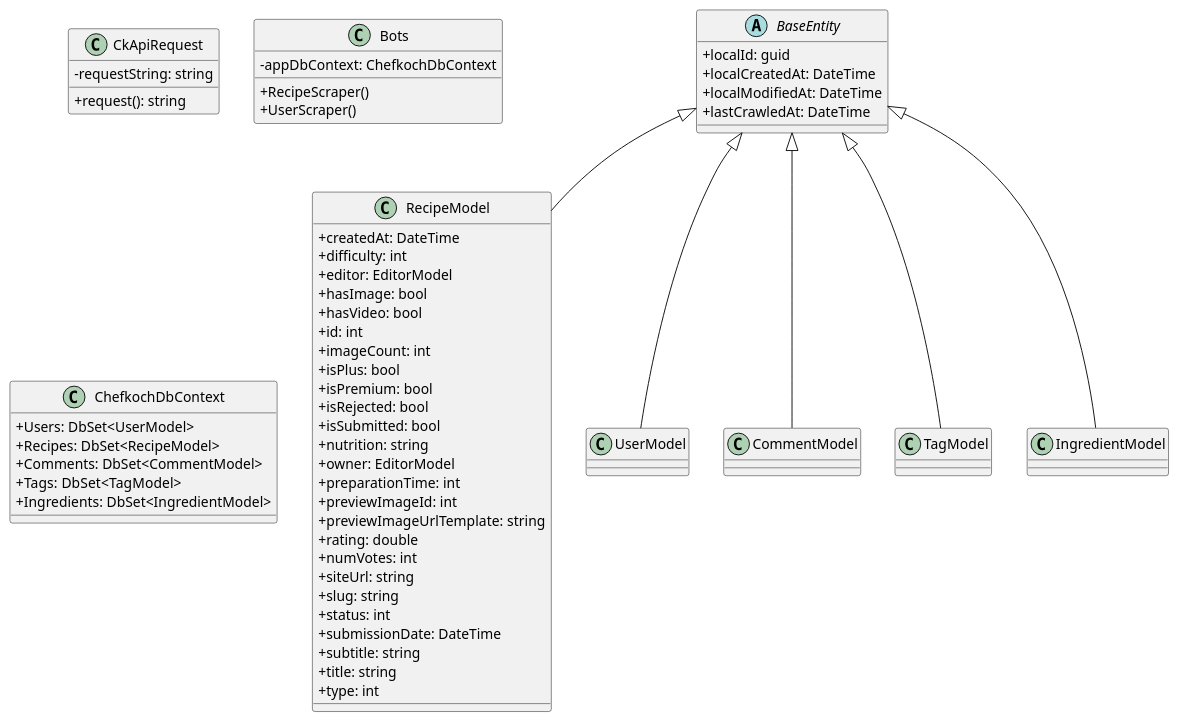
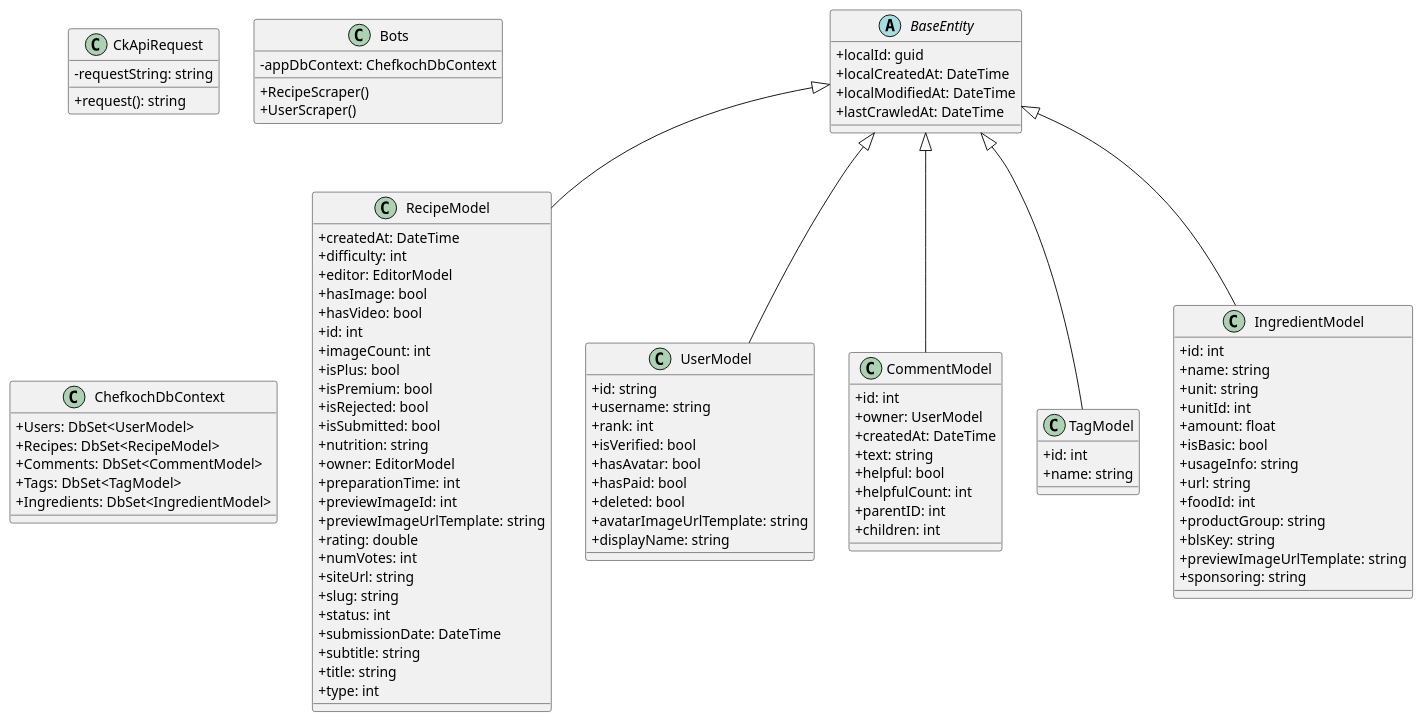
Before and after one commit to CaptnNiveau/ChefkochScraper: the diagram in Softwareentwurf/classes.puml, drawn with PlantUML.

Commit message:
completed classes.puml

```diff
--- a/Softwareentwurf/classes.puml
+++ b/Softwareentwurf/classes.puml
@@ -1,75 +1,107 @@
 @startuml Classes
 skinparam classAttributeIconSize 0
 class CkApiRequest{
   -requestString: string
   +request(): string
 }
 
 abstract class BaseEntity{
   +localId: guid
   +localCreatedAt: DateTime
   +localModifiedAt: DateTime
   +lastCrawledAt: DateTime
 }
 
 class RecipeModel{
   +createdAt: DateTime
   +difficulty: int
   +editor: EditorModel
   +hasImage: bool
   +hasVideo: bool
   +id: int
   +imageCount: int
   +isPlus: bool
   +isPremium: bool
   +isRejected: bool
   +isSubmitted: bool
   +nutrition: string
   +owner: EditorModel
   +preparationTime: int
   +previewImageId: int
   +previewImageUrlTemplate: string
   +rating: double
   +numVotes: int
   +siteUrl: string
   +slug: string
   +status: int
   +submissionDate: DateTime
   +subtitle: string
   +title: string
   +type: int
 }
 
 class UserModel{
+  +id: string
+  +username: string
+  +rank: int
+  +isVerified: bool
+  +hasAvatar: bool
+  +hasPaid: bool
+  +deleted: bool
+  +avatarImageUrlTemplate: string
+  +displayName: string
 }
 
 class CommentModel{
+  +id: int
+  +owner: UserModel
+  +createdAt: DateTime
+  +text: string
+  +helpful: bool
+  +helpfulCount: int
+  +parentID: int
+  +children: int
 }
 
 class TagModel{
+  +id: int
+  +name: string
 }
 
 class IngredientModel{
+  +id: int
+  +name: string
+  +unit: string
+  +unitId: int
+  +amount: float
+  +isBasic: bool
+  +usageInfo: string
+  +url: string
+  +foodId: int
+  +productGroup: string
+  +blsKey: string
+  +previewImageUrlTemplate: string
+  +sponsoring: string
 }
 
 class Bots{
   -appDbContext: ChefkochDbContext
   +RecipeScraper()
   +UserScraper()
 }
 
 class ChefkochDbContext {
   +Users: DbSet<UserModel>
   +Recipes: DbSet<RecipeModel>
   +Comments: DbSet<CommentModel>
   +Tags: DbSet<TagModel>
   +Ingredients: DbSet<IngredientModel>
 }
 
 BaseEntity <|-- UserModel
 BaseEntity <|-- RecipeModel
 BaseEntity <|-- IngredientModel
 BaseEntity <|-- CommentModel
 BaseEntity <|-- TagModel
 
 @enduml
```
